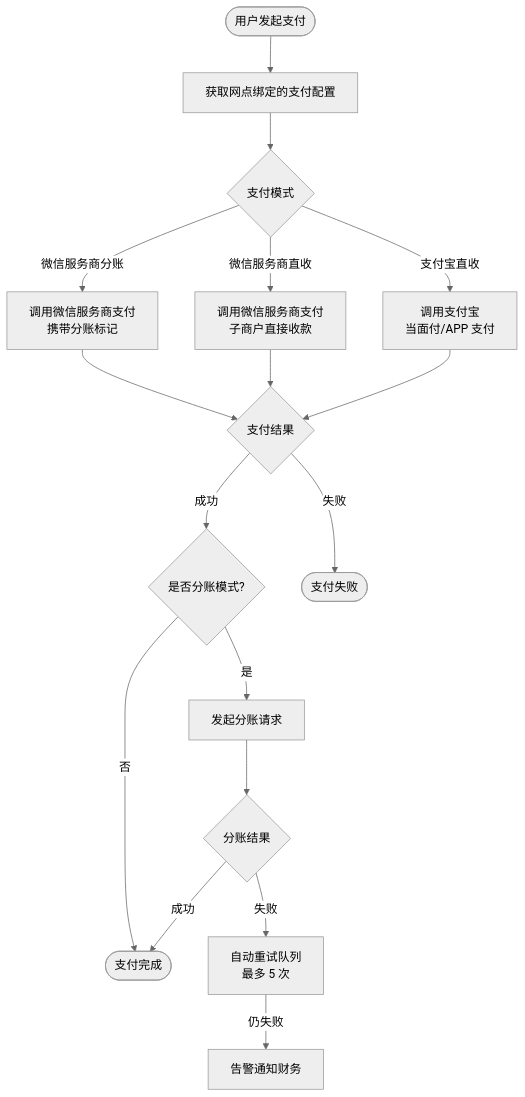
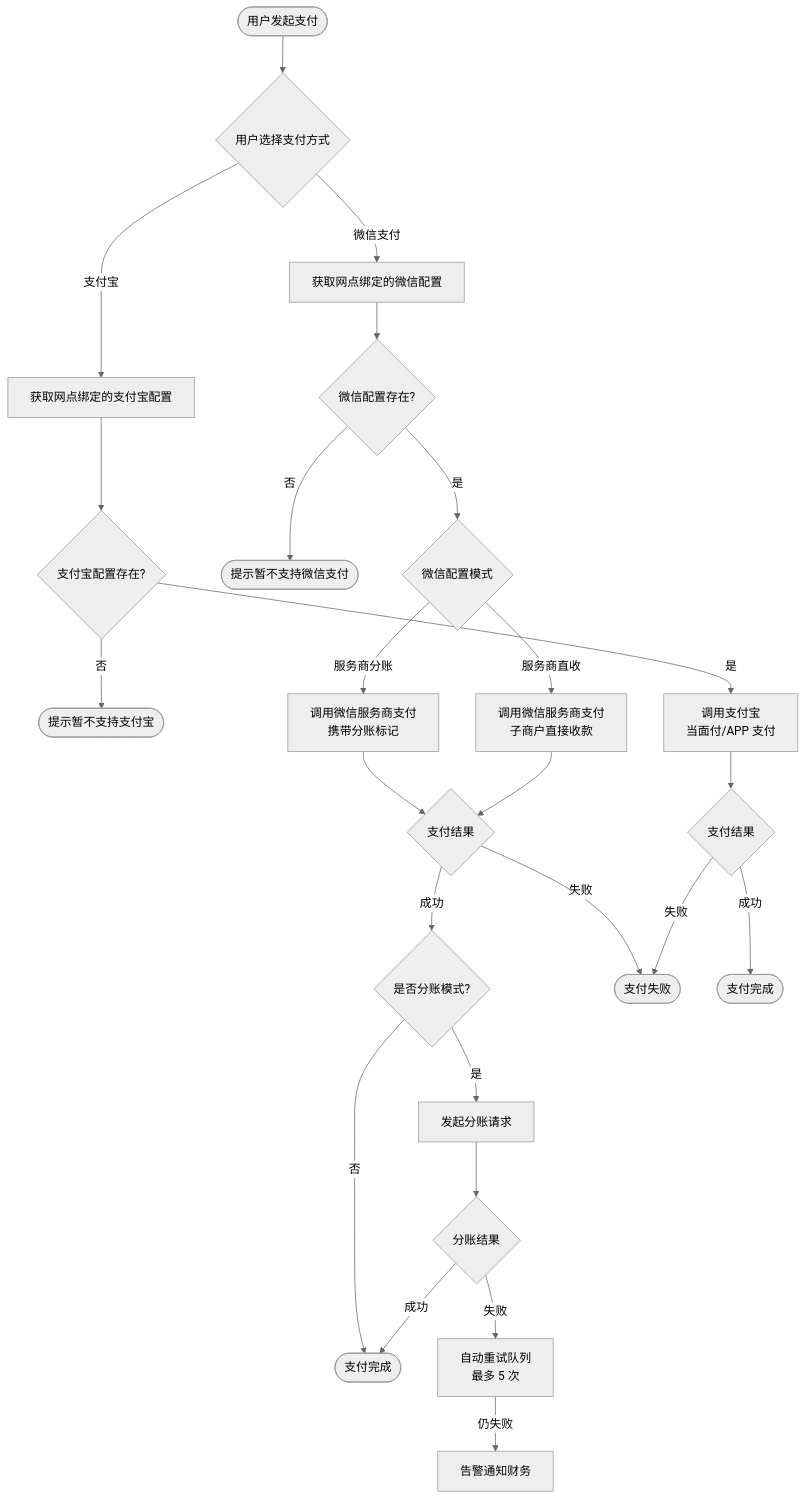
One commit to MarkTina/VitepressPRD changed the second of 4 diagrams in docs/versions/v1.1.0/06-flows.md. Above: the diagram before and after it, drawn with Mermaid (neutral theme). The commit also changed other lines of this file and 10 other files, not shown here.

````diff
--- a/docs/versions/v1.1.0/06-flows.md
+++ b/docs/versions/v1.1.0/06-flows.md
@@ -43,24 +43,35 @@
 ```mermaid
 graph TD
-    Start([用户发起支付]) --> GetConfig[获取网点绑定的支付配置]
-    GetConfig --> ModeSwitch{支付模式}
+    Start([用户发起支付]) --> UserChoice{用户选择支付方式}
 
-    ModeSwitch -->|微信服务商分账| WxSplitPay[调用微信服务商支付<br/>携带分账标记]
-    ModeSwitch -->|微信服务商直收| WxDirectPay[调用微信服务商支付<br/>子商户直接收款]
-    ModeSwitch -->|支付宝直收| AliPay[调用支付宝<br/>当面付/APP 支付]
+    UserChoice -->|微信支付| GetWxConfig[获取网点绑定的微信配置]
+    UserChoice -->|支付宝| GetAliConfig[获取网点绑定的支付宝配置]
+
+    GetAliConfig --> AliCheck{支付宝配置存在?}
+    AliCheck -->|否| PayFail([提示暂不支持支付宝])
+    AliCheck -->|是| AliPay[调用支付宝<br/>当面付/APP 支付]
+
+    GetWxConfig --> WxCheck{微信配置存在?}
+    WxCheck -->|否| PayFailWx([提示暂不支持微信支付])
+    WxCheck -->|是| WxModeSwitch{微信配置模式}
+
+    WxModeSwitch -->|服务商分账| WxSplitPay[调用微信服务商支付<br/>携带分账标记]
+    WxModeSwitch -->|服务商直收| WxDirectPay[调用微信服务商支付<br/>子商户直接收款]
 
     WxSplitPay --> PayResult{支付结果}
     WxDirectPay --> PayResult
-    AliPay --> PayResult
+    AliPay --> AliPayResult{支付结果}
 
     PayResult -->|成功| ProfitCheck{是否分账模式?}
     PayResult -->|失败| FailEnd([支付失败])
+    AliPayResult -->|成功| SuccessEndAli([支付完成])
+    AliPayResult -->|失败| FailEnd
 
     ProfitCheck -->|是| DoSplit[发起分账请求]
     ProfitCheck -->|否| SuccessEnd([支付完成])
 
     DoSplit --> SplitResult{分账结果}
     SplitResult -->|成功| SuccessEnd
     SplitResult -->|失败| RetrySplit[自动重试队列<br/>最多 5 次]
     RetrySplit -->|仍失败| Alert[告警通知财务]
 ```
````
